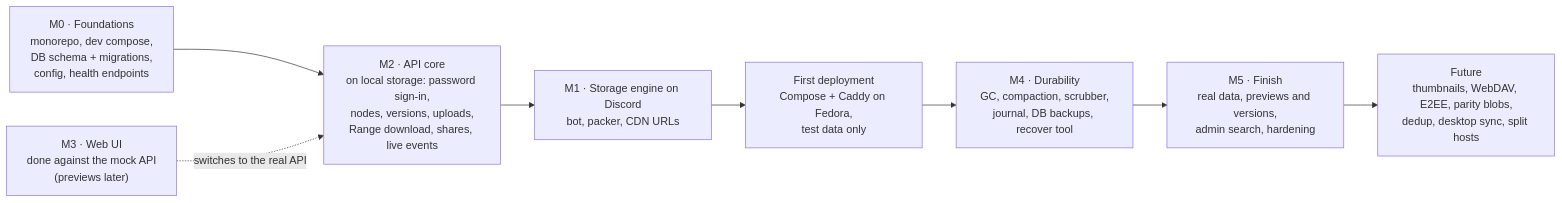
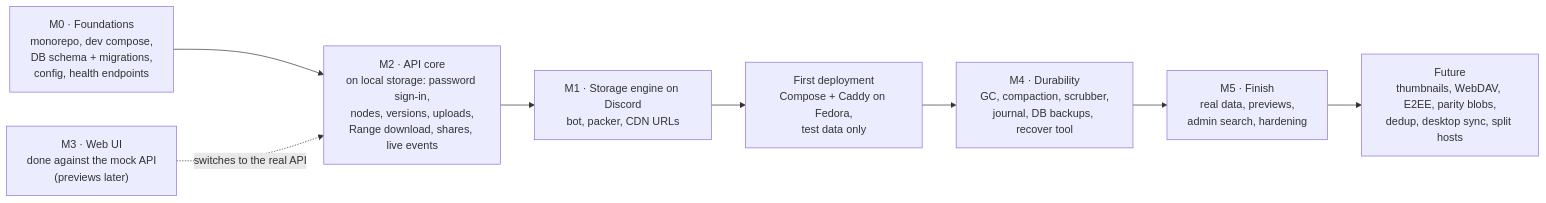
One commit to AlexB8675/DFS changed the tenth of 10 diagrams in docs/DESIGN.md. Above: the diagram before and after it, drawn with Mermaid. The commit also changed other lines of this file and 1 other file, not shown here.

First line of the commit message:
Plan previews: images, PDFs, text and code first; no version history

````diff
--- a/docs/DESIGN.md
+++ b/docs/DESIGN.md
@@ -967,10 +983,10 @@
 ```mermaid
 flowchart LR
     M0["M0 · Foundations<br/>monorepo, dev compose,<br/>DB schema + migrations,<br/>config, health endpoints"] --> M2["M2 · API core<br/>on local storage: password sign-in,<br/>nodes, versions, uploads,<br/>Range download, shares, live events"]
     M3["M3 · Web UI<br/>done against the mock API<br/>(previews later)"] -.->|"switches to the real API"| M2
     M2 --> M1["M1 · Storage engine on Discord<br/>bot, packer, CDN URLs"]
     M1 --> DEP["First deployment<br/>Compose + Caddy on Fedora,<br/>test data only"]
     DEP --> M4["M4 · Durability<br/>GC, compaction, scrubber,<br/>journal, DB backups, recover tool"]
-    M4 --> M5["M5 · Finish<br/>real data, previews and versions,<br/>admin search, hardening"]
+    M4 --> M5["M5 · Finish<br/>real data, previews,<br/>admin search, hardening"]
     M5 --> F["Future<br/>thumbnails, WebDAV, E2EE, parity blobs,<br/>dedup, desktop sync, split hosts"]
 ```
````
